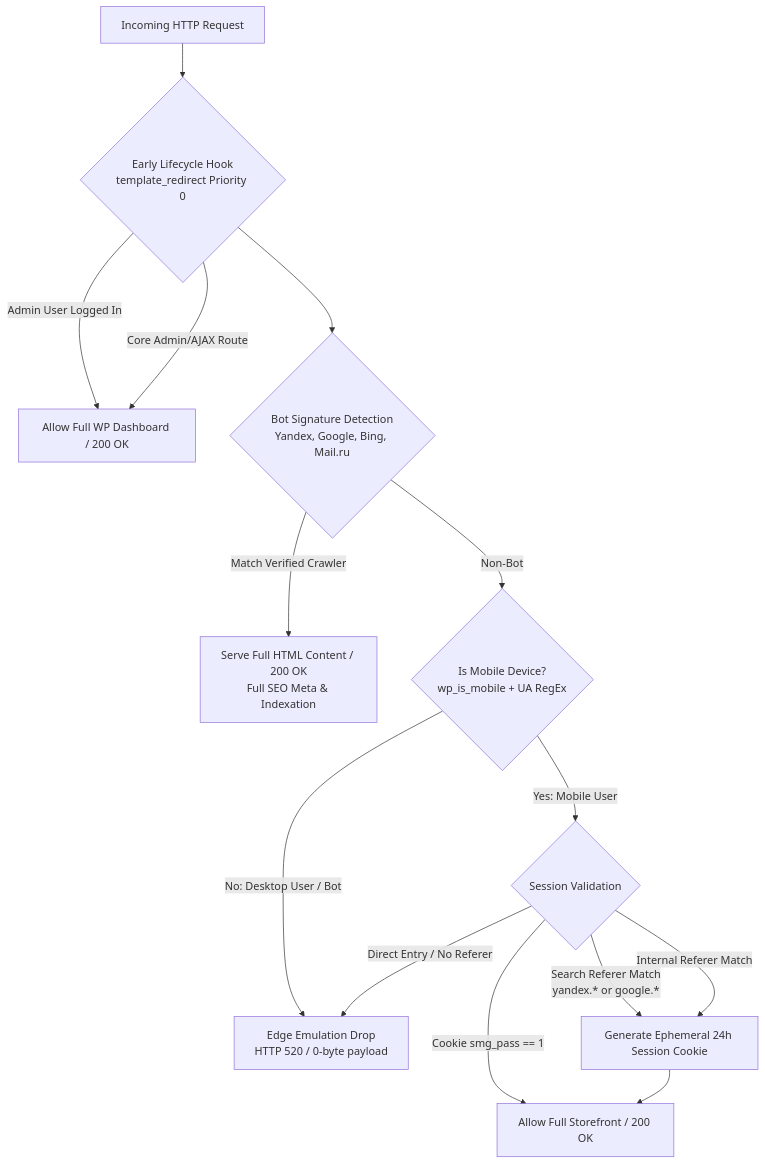
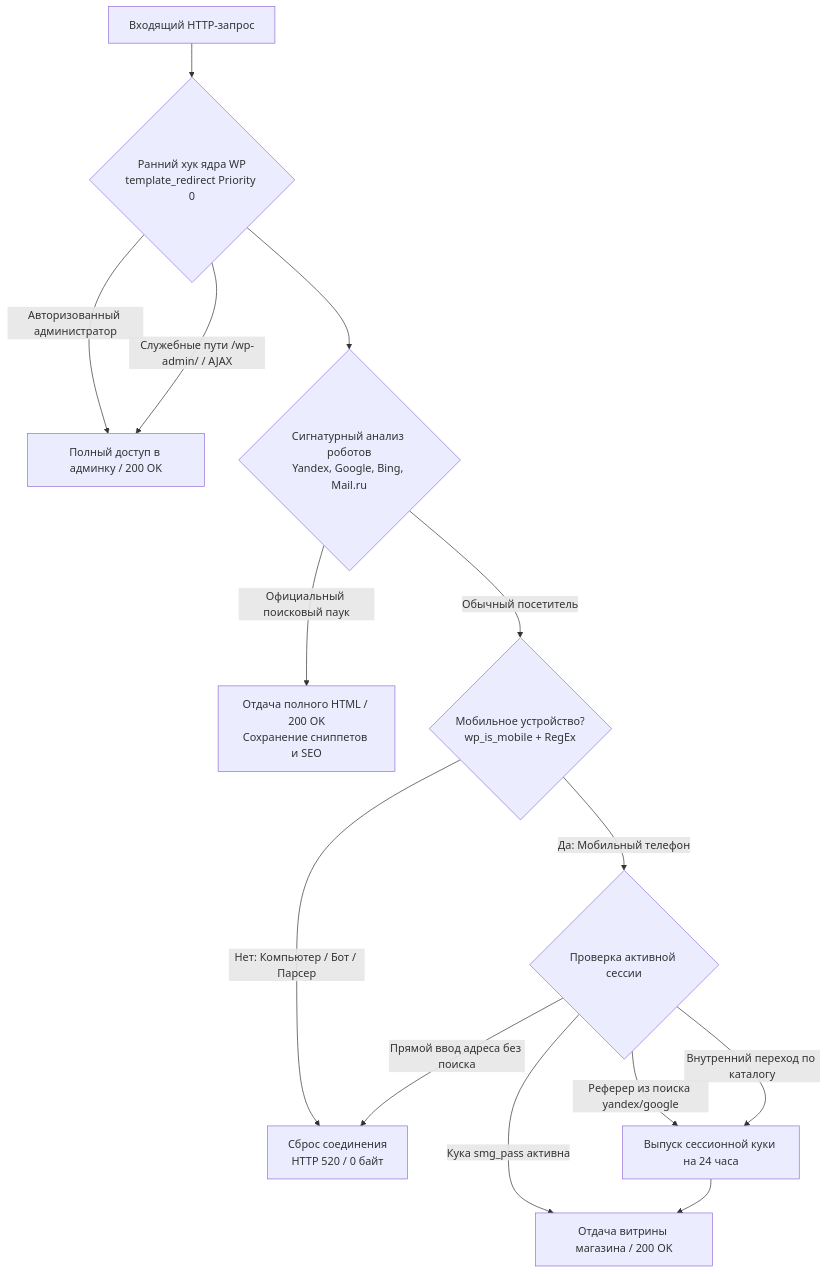
One commit to waniyaro/freelance-case-studies changed the diagram in 01-traffic-routing-gateway/README.md. Above: the diagram before and after it, drawn with Mermaid. The commit also changed other lines of this file and 1 other file, not shown here.

Commit message:
docs: add bilingual animated READMEs, dynamic headers & interactive diagrams

````diff
--- a/01-traffic-routing-gateway/README.md
+++ b/01-traffic-routing-gateway/README.md
@@ -25,19 +45,19 @@
 ```mermaid
 flowchart TD
-    A[Incoming HTTP Request] --> B{Early Lifecycle Hook<br/>template_redirect Priority 0}
-    B -->|Admin User Logged In| C[Allow Full WP Dashboard / 200 OK]
-    B -->|Core Admin/AJAX Route| C
+    A[Входящий HTTP-запрос] --> B{Ранний хук ядра WP<br/>template_redirect Priority 0}
+    B -->|Авторизованный администратор| C[Полный доступ в админку / 200 OK]
+    B -->|Служебные пути /wp-admin/ / AJAX| C
     
-    B --> D{Bot Signature Detection<br/>Yandex, Google, Bing, Mail.ru}
-    D -->|Match Verified Crawler| E[Serve Full HTML Content / 200 OK<br/>Full SEO Meta & Indexation]
+    B --> D{Сигнатурный анализ роботов<br/>Yandex, Google, Bing, Mail.ru}
+    D -->|Официальный поисковый паук| E[Отдача полного HTML / 200 OK<br/>Сохранение сниппетов и SEO]
     
-    D -->|Non-Bot| F{Is Mobile Device?<br/>wp_is_mobile + UA RegEx}
-    F -->|No: Desktop User / Bot| G[Edge Emulation Drop<br/>HTTP 520 / 0-byte payload]
+    D -->|Обычный посетитель| F{Мобильное устройство?<br/>wp_is_mobile + RegEx}
+    F -->|Нет: Компьютер / Бот / Парсер| G[Сброс соединения<br/>HTTP 520 / 0 байт]
     
-    F -->|Yes: Mobile User| H{Session Validation}
-    H -->|Cookie smg_pass == 1| I[Allow Full Storefront / 200 OK]
-    H -->|Search Referer Match<br/>yandex.* or google.*| J[Generate Ephemeral 24h Session Cookie]
+    F -->|Да: Мобильный телефон| H{Проверка активной сессии}
+    H -->|Кука smg_pass активна| I[Отдача витрины магазина / 200 OK]
+    H -->|Реферер из поиска yandex/google| J[Выпуск сессионной куки на 24 часа]
     J --> I
-    H -->|Internal Referer Match| J
-    H -->|Direct Entry / No Referer| G
+    H -->|Внутренний переход по каталогу| J
+    H -->|Прямой ввод адреса без поиска| G
 ```
````
